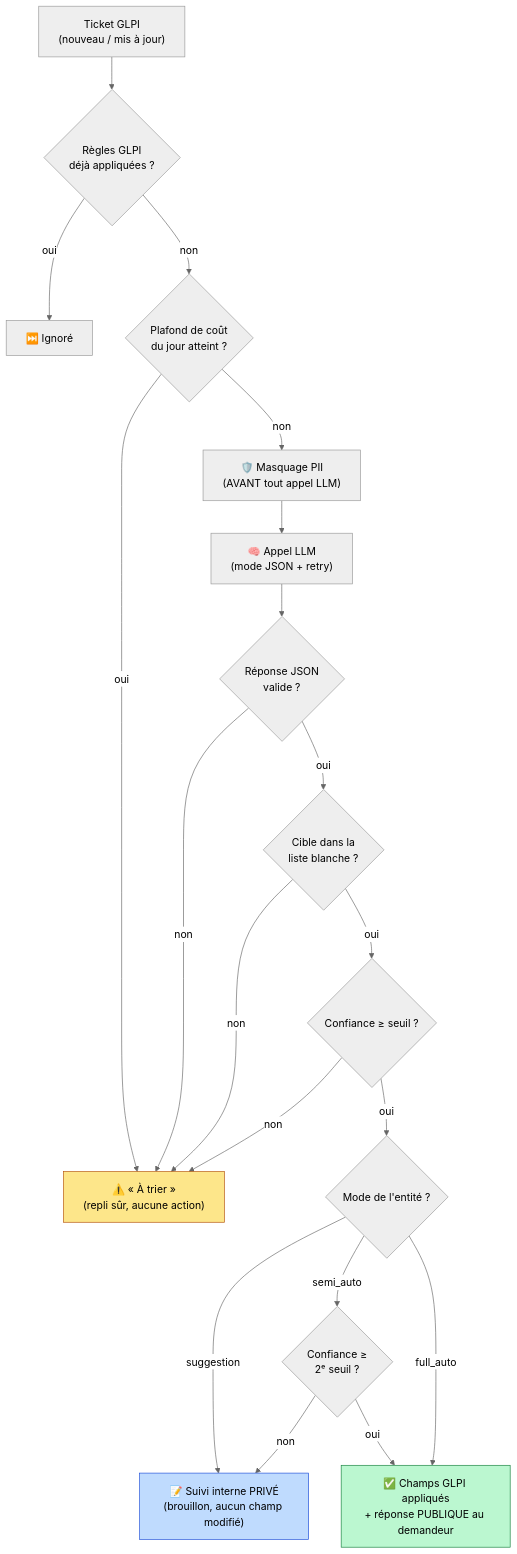
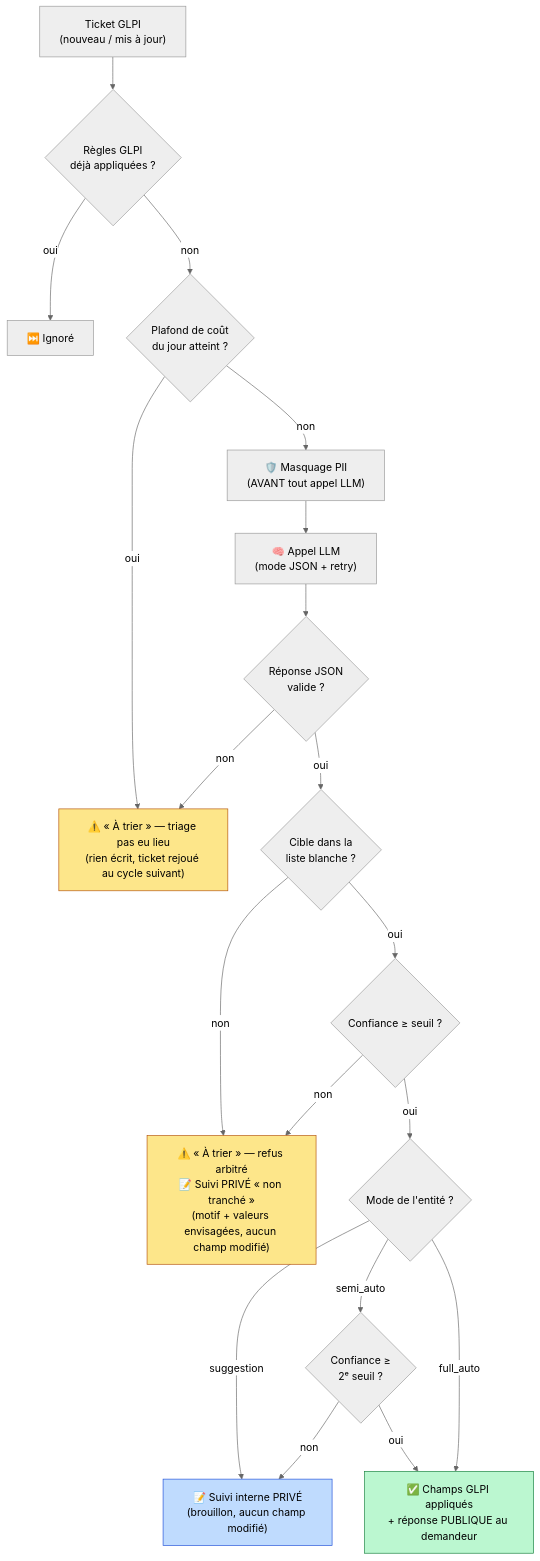
One commit to WicaebethTheo/itsm-modern-ai changed the second of 7 diagrams in docs/guide-fonctionnement.md. Above: the diagram before and after it, drawn with Mermaid (neutral theme). The commit also changed other lines of this file and 50 other files, not shown here.

````diff
--- a/docs/guide-fonctionnement.md
+++ b/docs/guide-fonctionnement.md
@@ -48,25 +48,26 @@
 ```mermaid
 flowchart TD
     A["Ticket GLPI<br/>(nouveau / mis à jour)"] --> B{"Règles GLPI<br/>déjà appliquées ?"}
     B -- oui --> Z["⏭️ Ignoré"]
     B -- non --> C{"Plafond de coût<br/>du jour atteint ?"}
-    C -- oui --> T["⚠️ « À trier »<br/>(repli sûr, aucune action)"]
+    C -- oui --> T["⚠️ « À trier » — triage pas eu lieu<br/>(rien écrit, ticket rejoué au cycle suivant)"]
     C -- non --> D["🛡️ Masquage PII<br/>(AVANT tout appel LLM)"]
     D --> E["🧠 Appel LLM<br/>(mode JSON + retry)"]
     E --> F{"Réponse JSON<br/>valide ?"}
     F -- non --> T
     F -- oui --> G{"Cible dans la<br/>liste blanche ?"}
-    G -- non --> T
+    G -- non --> TA["⚠️ « À trier » — refus arbitré<br/>📝 Suivi PRIVÉ « non tranché »<br/>(motif + valeurs envisagées, aucun champ modifié)"]
     G -- oui --> H{"Confiance ≥ seuil ?"}
-    H -- non --> T
+    H -- non --> TA
     H -- oui --> M{"Mode de l'entité ?"}
     M -- suggestion --> S["📝 Suivi interne PRIVÉ<br/>(brouillon, aucun champ modifié)"]
     M -- semi_auto --> H2{"Confiance ≥<br/>2ᵉ seuil ?"}
     H2 -- non --> S
     H2 -- oui --> P
     M -- full_auto --> P["✅ Champs GLPI appliqués<br/>+ réponse PUBLIQUE au demandeur"]
 
     style T fill:#fde68a,stroke:#b45309
+    style TA fill:#fde68a,stroke:#b45309
     style S fill:#bfdbfe,stroke:#1d4ed8
     style P fill:#bbf7d0,stroke:#15803d
 ```
````
